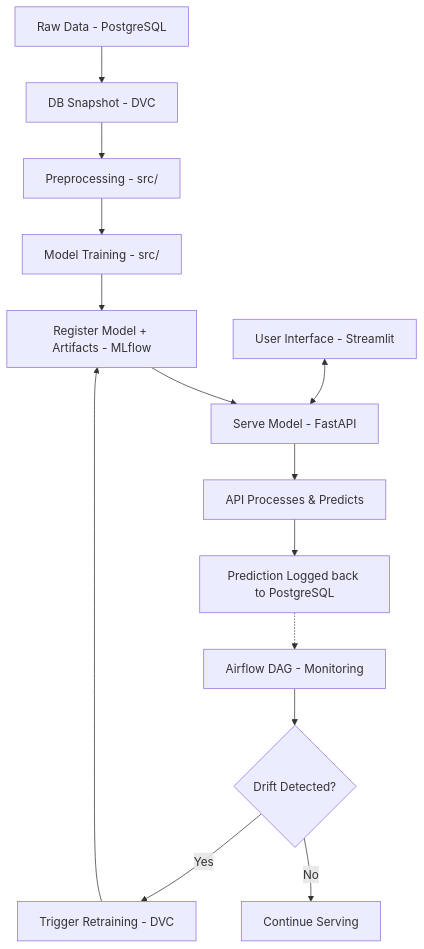
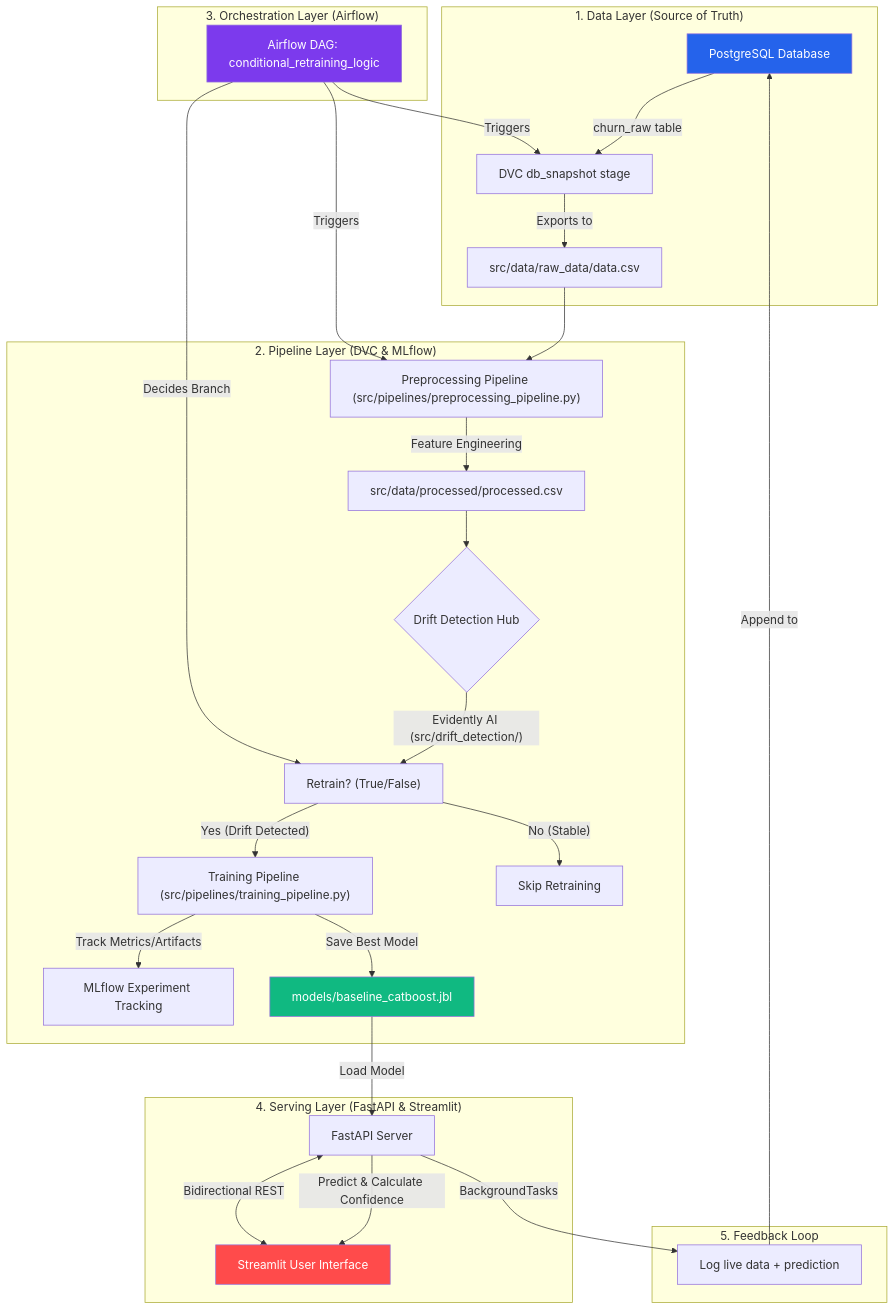
The diagram in README.md (abhi24112/Customer-Churn-Prediction-MLOps), drawn with Mermaid before and after one commit. The commit also changed other lines of this file, not shown here.

Commit message:
docs: Update project flow diagram for enhanced clarity and detail in MLOps pipeline

````diff
--- a/README.md
+++ b/README.md
@@ -73,23 +73,45 @@
 ```mermaid
 graph TD
+    subgraph "1. Data Layer (Source of Truth)"
+        A1[PostgreSQL Database] -- "churn_raw table" --> A2[DVC db_snapshot stage]
+        A2 -- "Exports to" --> A3["src/data/raw_data/data.csv"]
+    end
 
-A1[Raw Data - PostgreSQL] --> A2[DB Snapshot - DVC]
-A2 --> A3[Preprocessing - src/]
-A3 --> A4[Model Training - src/]
-A4 --> A5[Register Model + Artifacts - MLflow]
+    subgraph "2. Pipeline Layer (DVC & MLflow)"
+        A3 --> B1["Preprocessing Pipeline (src/pipelines/preprocessing_pipeline.py)"]
+        B1 -- "Feature Engineering" --> B2["src/data/processed/processed.csv"]
+        
+        B2 --> C1{Drift Detection Hub}
+        C1 -- "Evidently AI (src/drift_detection/)" --> C2["Retrain? (True/False)"]
+        
+        C2 -- "Yes (Drift Detected)" --> D1["Training Pipeline (src/pipelines/training_pipeline.py)"]
+        D1 -- "Track Metrics/Artifacts" --> D2[MLflow Experiment Tracking]
+        D1 -- "Save Best Model" --> D3["models/baseline_catboost.jbl"]
+        
+        C2 -- "No (Stable)" --> D4[Skip Retraining]
+    end
 
-%% Serving Layer (UI + API)
-C1[User Interface - Streamlit] <--> B1[Serve Model - FastAPI]
-B1 --> B2[API Processes & Predicts]
-B2 --> B3[Prediction Logged back to PostgreSQL]
+    subgraph "3. Orchestration Layer (Airflow)"
+        E1[Airflow DAG: conditional_retraining_logic]
+        E1 -- "Triggers" --> A2
+        E1 -- "Triggers" --> B1
+        E1 -- "Decides Branch" --> C2
+    end
 
-%% Connection from Training to Serving
-A5 --> B1
+    subgraph "4. Serving Layer (FastAPI & Streamlit)"
+        D3 -- "Load Model" --> F1[FastAPI Server]
+        F2[Streamlit User Interface] <-->|Bidirectional REST| F1
+        F1 -- "Predict & Calculate Confidence" --> F2
+    end
 
-%% Monitoring & Retraining (The Feedback Loop)
-B3 -.-> E1[Airflow DAG - Monitoring]
-E1 --> E2{Drift Detected?}
-E2 -->|Yes| D1[Trigger Retraining - DVC]
-E2 -->|No| F1[Continue Serving]
-D1 --> A5
+    subgraph "5. Feedback Loop"
+        F1 -- "BackgroundTasks" --> G1[Log live data + prediction]
+        G1 -- "Append to" --> A1
+    end
+
+    %% Legend/Styling
+    style A1 fill:#2563EB,color:#fff
+    style D3 fill:#10B981,color:#fff
+    style E1 fill:#7C3AED,color:#fff
+    style F2 fill:#FF4B4B,color:#fff
 ```
````
